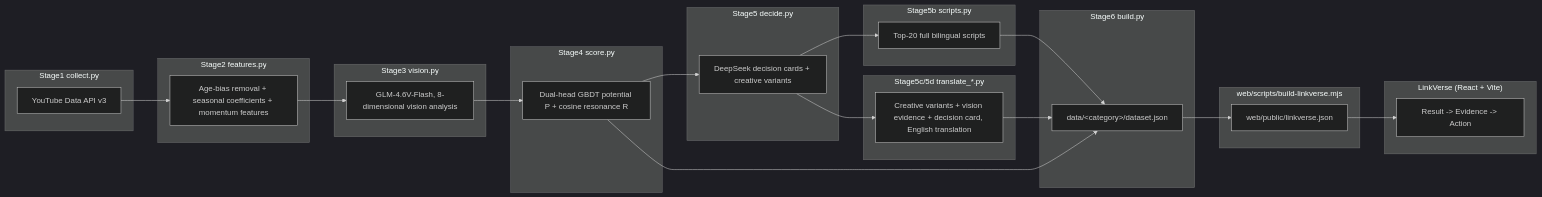
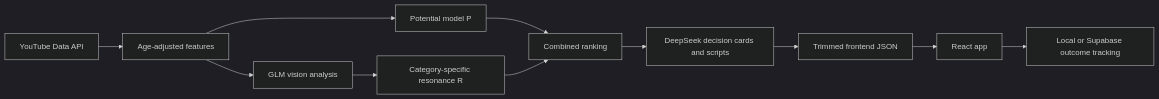
One commit to ChenYvhang/linkverse changed the diagram in README.md. Above: the diagram before and after it, drawn with Mermaid (dark theme). The commit also changed other lines of this file, not shown here.

````diff
--- a/README.md
+++ b/README.md
@@ -124,38 +77,13 @@
 ```mermaid
 flowchart LR
-    subgraph Stage1["Stage1 collect.py"]
-        A[YouTube Data API v3]
-    end
-    subgraph Stage2["Stage2 features.py"]
-        B[Age-bias removal + seasonal coefficients + momentum features]
-    end
-    subgraph Stage3["Stage3 vision.py"]
-        C[GLM-4.6V-Flash, 8-dimensional vision analysis]
-    end
-    subgraph Stage4["Stage4 score.py"]
-        D[Dual-head GBDT potential P + cosine resonance R]
-    end
-    subgraph Stage5["Stage5 decide.py"]
-        E[DeepSeek decision cards + creative variants]
-    end
-    subgraph Stage5b["Stage5b scripts.py"]
-        F[Top-20 full bilingual scripts]
-    end
-    subgraph Stage5cd["Stage5c/5d translate_*.py"]
-        G[Creative variants + vision evidence + decision card, English translation]
-    end
-    subgraph Stage6["Stage6 build.py"]
-        H[data/&lt;category&gt;/dataset.json]
-    end
-    subgraph Trim["web/scripts/build-linkverse.mjs"]
-        I[web/public/linkverse.json]
-    end
-    subgraph Web["LinkVerse (React + Vite)"]
-        J[Result -> Evidence -> Action]
-    end
-
-    A --> B --> C --> D --> E --> F --> H
-    E --> G --> H
-    D --> H
-    H --> I --> J
+    A[YouTube Data API] --> B[Age-adjusted features]
+    B --> C[Potential model P]
+    B --> D[GLM vision analysis]
+    D --> E[Category-specific resonance R]
+    C --> F[Combined ranking]
+    E --> F
+    F --> G[DeepSeek decision cards and scripts]
+    G --> H[Trimmed frontend JSON]
+    H --> I[React app]
+    I --> J[Local or Supabase outcome tracking]
 ```
````
